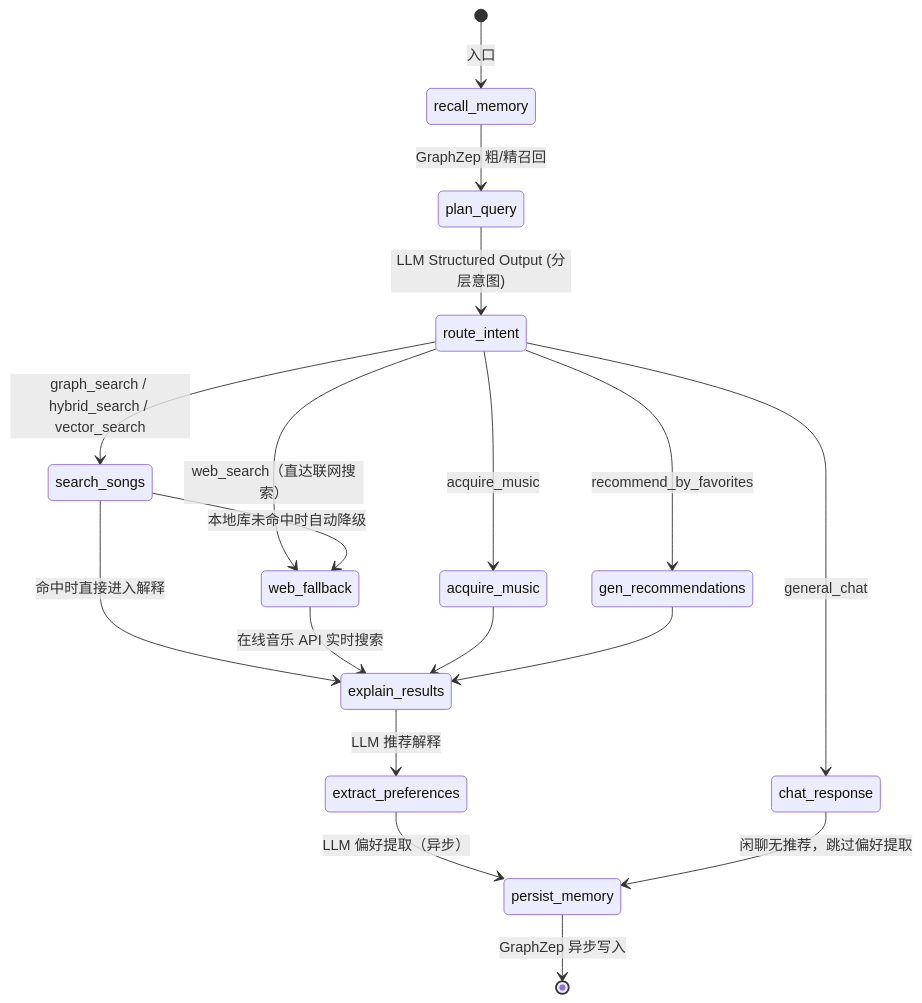
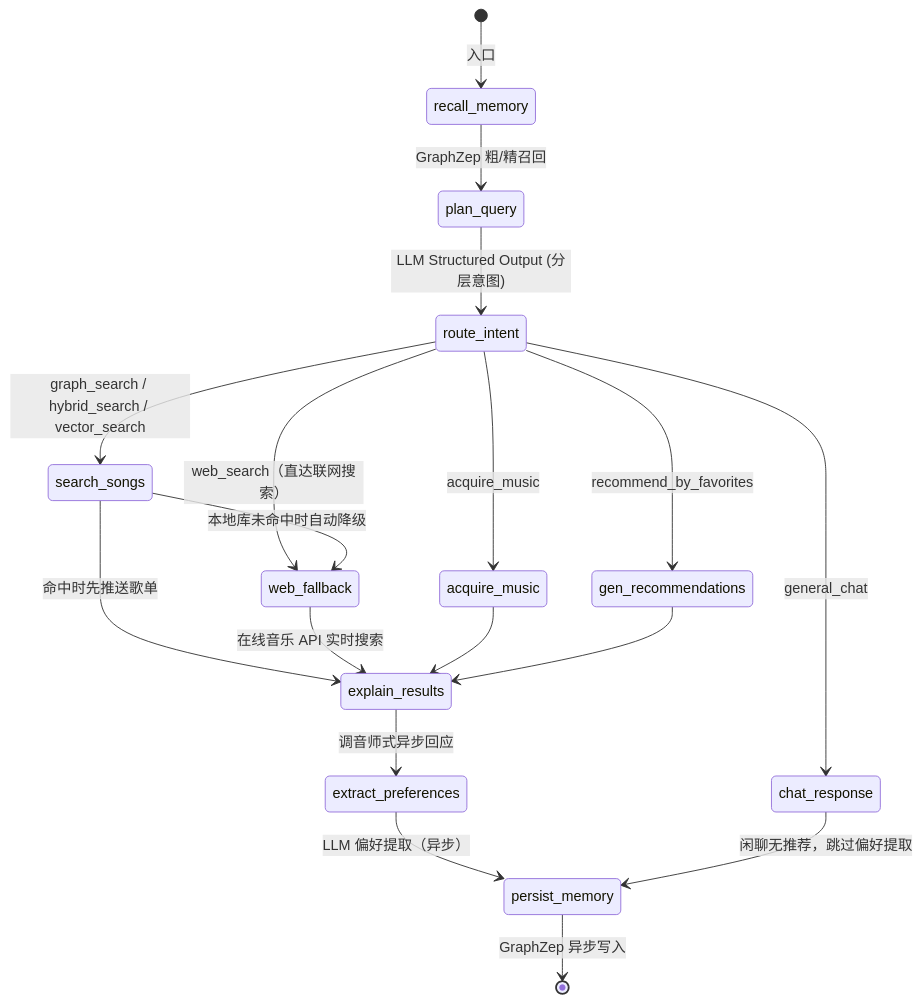
Before and after one commit to hgsanyang/SoulTuner-Agent: the first of 2 diagrams in README.md, drawn with Mermaid. The commit also changed other lines of this file and 10 other files, not shown here.

````diff
--- a/README.md
+++ b/README.md
@@ -224,25 +226,25 @@
 ```mermaid
 stateDiagram-v2
     [*] --> recall_memory: 入口
     recall_memory --> plan_query: GraphZep 粗/精召回
     plan_query --> route_intent: LLM Structured Output (分层意图)
 
     route_intent --> search_songs: graph_search / hybrid_search / vector_search
     route_intent --> web_fallback: web_search（直达联网搜索）
     route_intent --> chat_response: general_chat
     route_intent --> acquire_music: acquire_music
     route_intent --> gen_recommendations: recommend_by_favorites
 
     search_songs --> web_fallback: 本地库未命中时自动降级
-    search_songs --> explain_results: 命中时直接进入解释
+    search_songs --> explain_results: 命中时先推送歌单
     web_fallback --> explain_results: 在线音乐 API 实时搜索
     acquire_music --> explain_results
     gen_recommendations --> explain_results
 
-    explain_results --> extract_preferences: LLM 推荐解释
+    explain_results --> extract_preferences: 调音师式异步回应
     extract_preferences --> persist_memory: LLM 偏好提取（异步）
 
     chat_response --> persist_memory: 闲聊无推荐，跳过偏好提取
 
     persist_memory --> [*]: GraphZep 异步写入
 ```
````
